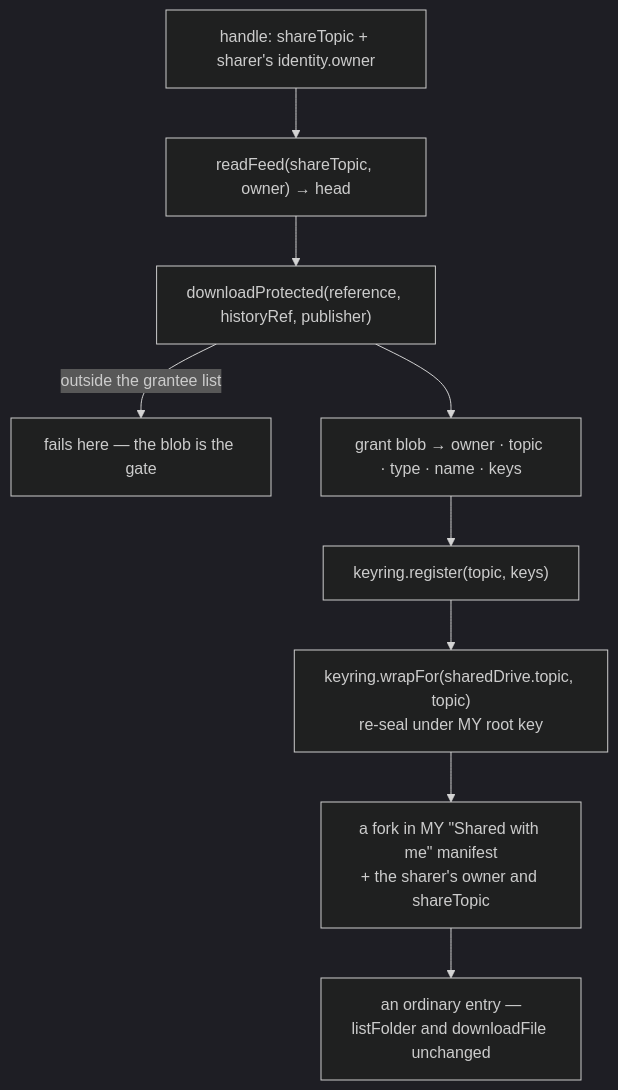
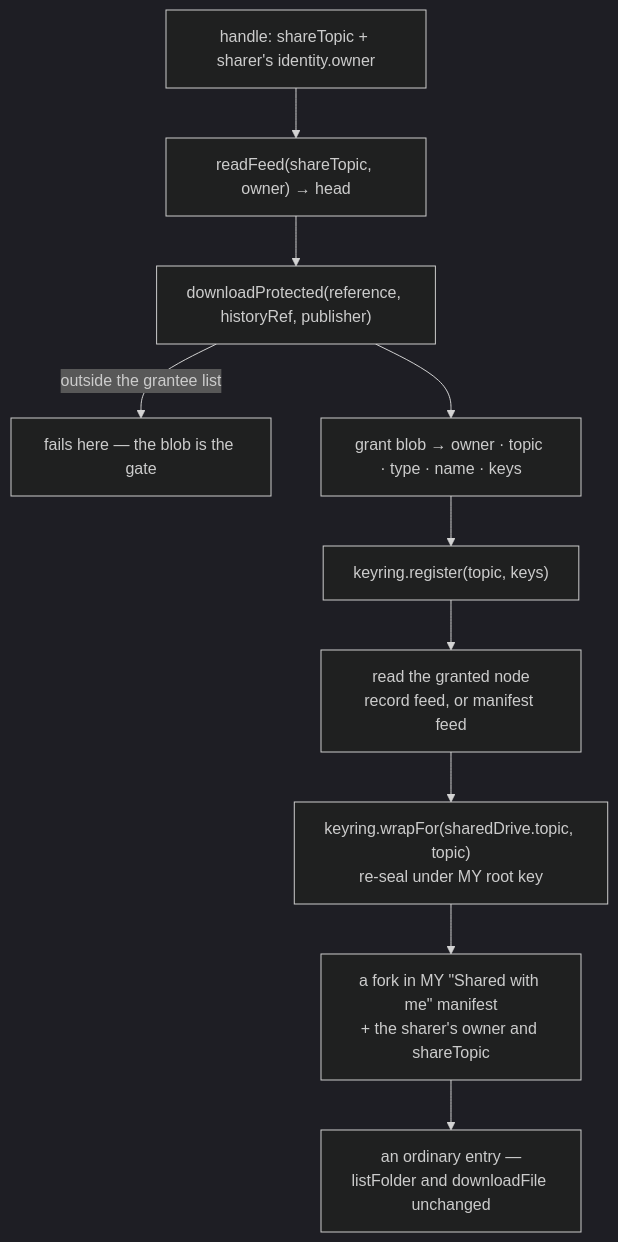
The third of 4 diagrams in docs/ACCESS_CONTROL.md (Solar-Punk-Ltd/file-manager-lib), drawn with Mermaid (dark theme) before and after one commit. The commit also changed other lines of this file and 5 other files, not shown here.

Commit message:
fix: resolve node entry first during acceptshare

````diff
--- a/docs/ACCESS_CONTROL.md
+++ b/docs/ACCESS_CONTROL.md
@@ -243,11 +243,12 @@
 ```mermaid
 flowchart TD
     H["handle: shareTopic + sharer's identity.owner"] --> R1["readFeed(shareTopic, owner) → head"]
     R1 --> R2["downloadProtected(reference, historyRef, publisher)"]
     R2 -->|"outside the grantee list"| X["fails here — the blob is the gate"]
     R2 --> R3["grant blob → owner · topic · type · name · keys"]
     R3 --> R4["keyring.register(topic, keys)"]
-    R4 --> R5["keyring.wrapFor(sharedDrive.topic, topic)<br/>re-seal under MY root key"]
-    R5 --> R6["a fork in MY &quot;Shared with me&quot; manifest<br/>+ the sharer's owner and shareTopic"]
-    R6 --> R7["an ordinary entry —<br/>listFolder and downloadFile unchanged"]
+    R4 --> R5["read the granted node<br/>record feed, or manifest feed"]
+    R5 --> R6["keyring.wrapFor(sharedDrive.topic, topic)<br/>re-seal under MY root key"]
+    R6 --> R7["a fork in MY &quot;Shared with me&quot; manifest<br/>+ the sharer's owner and shareTopic"]
+    R7 --> R8["an ordinary entry —<br/>listFolder and downloadFile unchanged"]
 ```
````
